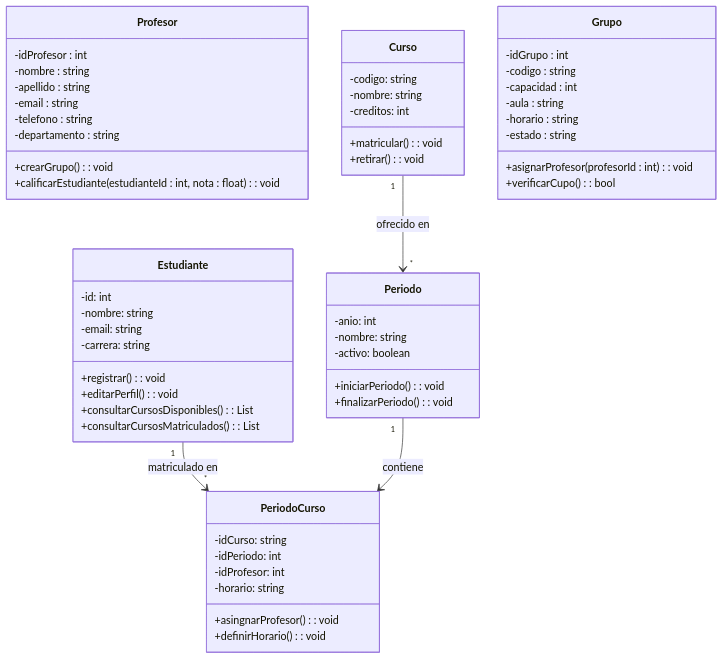
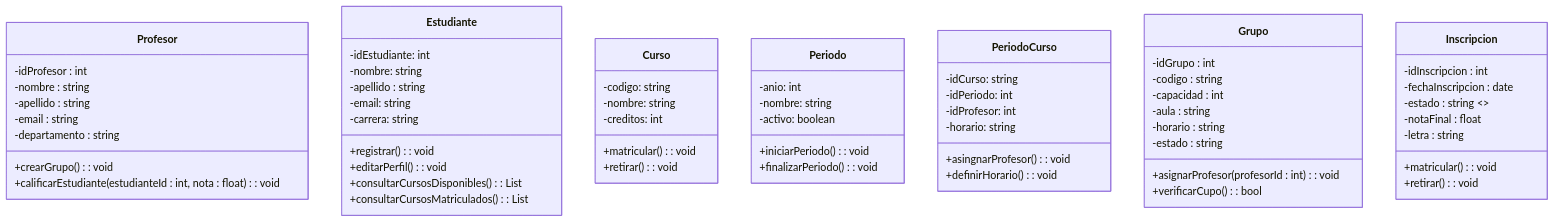
The diagram in Lab01/Diagrama de clase.mmd (TOACR/II-51-Laboratorios), drawn with Mermaid before and after one commit. The commit also changed 1 other file, not shown here.

Commit message:
Modificación de relaciones

```diff
--- a/Lab01/Diagrama de clase.mmd
+++ b/Lab01/Diagrama de clase.mmd
@@ -1,62 +1,83 @@
 classDiagram
     class Profesor {
        -idProfesor : int
        -nombre : string
        -apellido : string
        -email : string
-       -telefono : string
        -departamento : string
        +crearGrupo() : void
        +calificarEstudiante(estudianteId : int, nota : float) : void
     }
 
     class Estudiante {
-        -id: int
+        -idEstudiante: int
         -nombre: string
+        -apellido : string
         -email: string
         -carrera: string
         +registrar(): void
         +editarPerfil(): void
         +consultarCursosDisponibles(): List<Curso>
         +consultarCursosMatriculados(): List<Curso>
     }
  
     class Curso {
         -codigo: string
         -nombre: string
         -creditos: int
         +matricular(): void
         +retirar(): void
     }
 
     class Periodo {
         -anio: int
         -nombre: string
         -activo: boolean
         +iniciarPeriodo(): void
         +finalizarPeriodo(): void
     }
 
     class PeriodoCurso {
         -idCurso: string
         -idPeriodo: int
         -idProfesor: int 
         -horario: string
         +asingnarProfesor(): void
         +definirHorario(): void
     }
 
     class Grupo {
       -idGrupo : int
       -codigo : string
       -capacidad : int
       -aula : string
       -horario : string
       -estado : string
       +asignarProfesor(profesorId : int) : void
       +verificarCupo() : bool
     }
- 
-    Estudiante "1" --> "*" PeriodoCurso: matriculado en
-    Curso "1" --> "*" Periodo : ofrecido en
-    Periodo "1" --> PeriodoCurso : contiene
+
+    class Inscripcion {
+      -idInscripcion : int
+      -fechaInscripcion : date
+      -estado : string  <<ej: "Matriculado","Retirado">>
+      -notaFinal : float
+      -letra : string
+      +matricular() : void
+      +retirar() : void
+    }
+    %% Relaciones simplificadas con cardinalidades
+
+    %%Curso "1" --> "*" Grupo : tiene
+    %%Periodo "1" --> "*" Grupo : contiene
+    %%Profesor "1" --> "0..*" Grupo : imparte
+    %%Profesor "0..*" --> "0..*" Curso : puede_impartir
+    %%Estudiante "1" --> "0..*" Inscripcion : realiza
+    %%Grupo "1" --> "0..*" Inscripcion : recibe
+    %%Inscripcion "*" --> "1" Estudiante
+    %%Inscripcion "*" --> "1" Grupo
+   
+
+    %%Estudiante "1" --> "*" PeriodoCurso: matriculado en
+    %%Curso "1" --> "*" Periodo : ofrecido en
+    %%Periodo "1" --> PeriodoCurso : contiene
```
